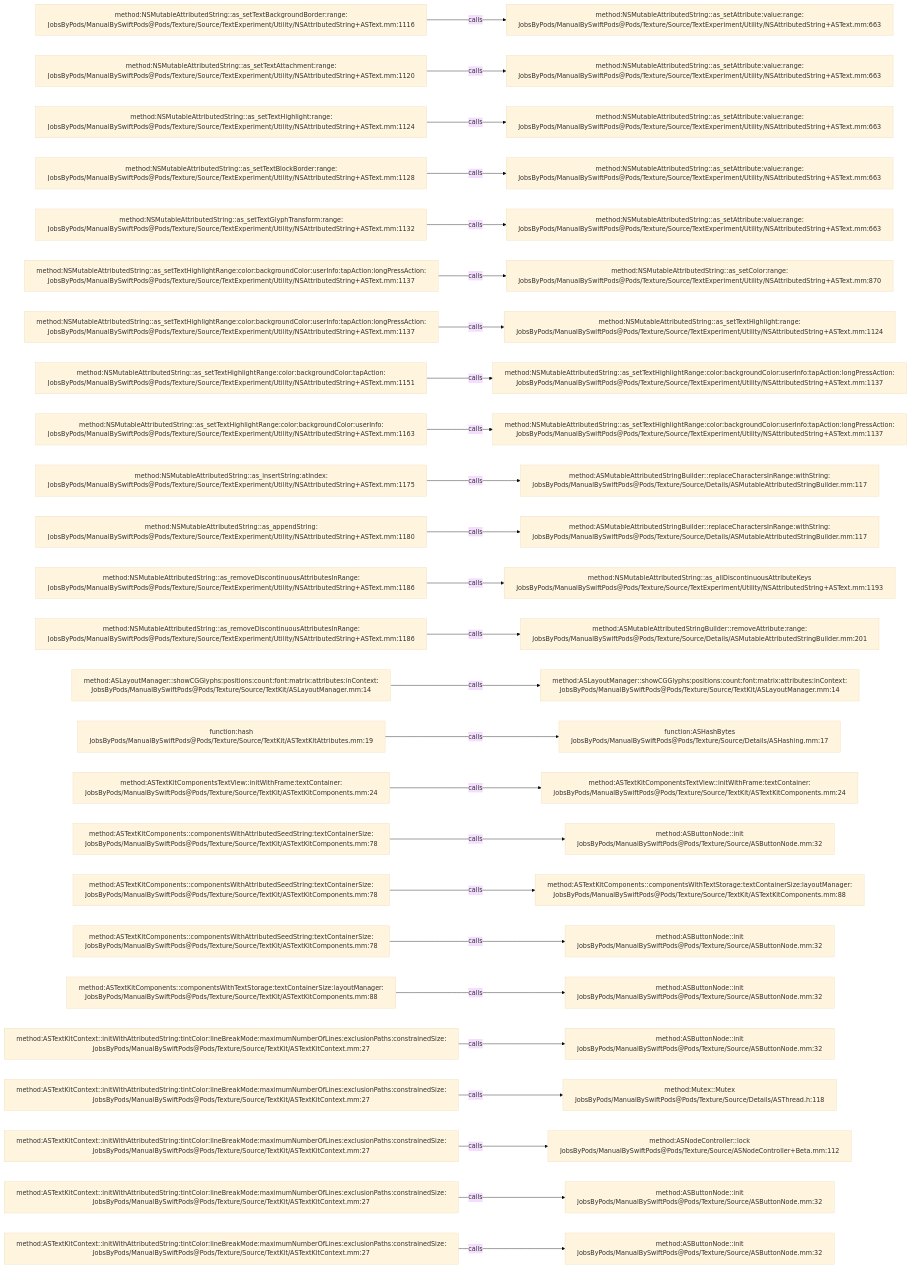
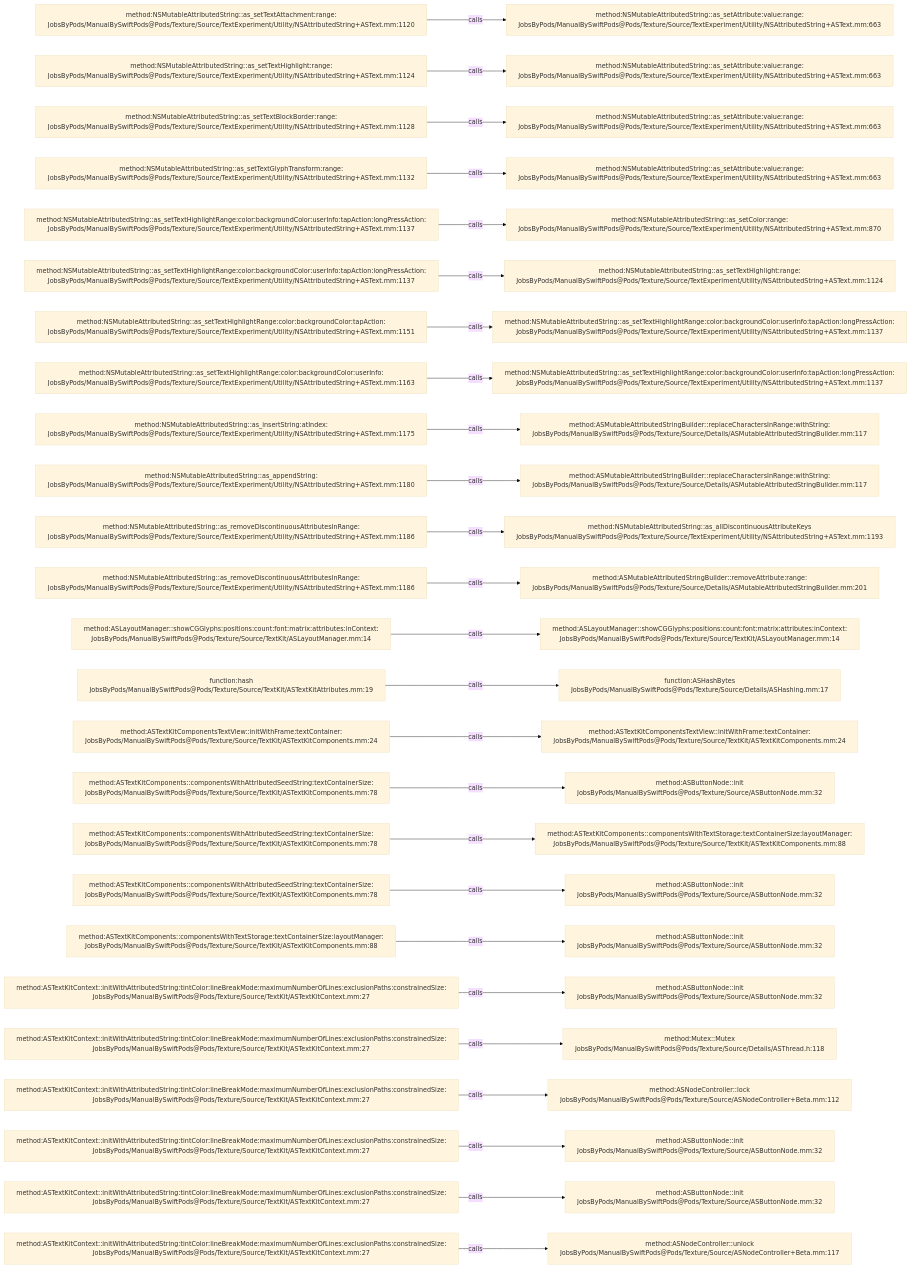
Before and after one commit to JobsKits/JobsSwiftBaseConfigDemo: the diagram in .codegraph/codegraph.md/graphs/calls-147.md, drawn with Mermaid (base theme). The commit also changed 747 other files, not shown here.

````diff
--- a/.codegraph/codegraph.md/graphs/calls-147.md
+++ b/.codegraph/codegraph.md/graphs/calls-147.md
@@ -13,78 +13,78 @@
 ```mermaid
 flowchart LR
-  S1["method:NSMutableAttributedString::as_setTextBackgroundBorder:range:<br/>JobsByPods/ManualBySwiftPods@Pods/Texture/Source/TextExperiment/Utility/NSAttributedString+ASText.mm:1116"]
+  S1["method:NSMutableAttributedString::as_setTextAttachment:range:<br/>JobsByPods/ManualBySwiftPods@Pods/Texture/Source/TextExperiment/Utility/NSAttributedString+ASText.mm:1120"]
   T1["method:NSMutableAttributedString::as_setAttribute:value:range:<br/>JobsByPods/ManualBySwiftPods@Pods/Texture/Source/TextExperiment/Utility/NSAttributedString+ASText.mm:663"]
   S1 -->|calls| T1
-  S2["method:NSMutableAttributedString::as_setTextAttachment:range:<br/>JobsByPods/ManualBySwiftPods@Pods/Texture/Source/TextExperiment/Utility/NSAttributedString+ASText.mm:1120"]
+  S2["method:NSMutableAttributedString::as_setTextHighlight:range:<br/>JobsByPods/ManualBySwiftPods@Pods/Texture/Source/TextExperiment/Utility/NSAttributedString+ASText.mm:1124"]
   T2["method:NSMutableAttributedString::as_setAttribute:value:range:<br/>JobsByPods/ManualBySwiftPods@Pods/Texture/Source/TextExperiment/Utility/NSAttributedString+ASText.mm:663"]
   S2 -->|calls| T2
-  S3["method:NSMutableAttributedString::as_setTextHighlight:range:<br/>JobsByPods/ManualBySwiftPods@Pods/Texture/Source/TextExperiment/Utility/NSAttributedString+ASText.mm:1124"]
+  S3["method:NSMutableAttributedString::as_setTextBlockBorder:range:<br/>JobsByPods/ManualBySwiftPods@Pods/Texture/Source/TextExperiment/Utility/NSAttributedString+ASText.mm:1128"]
   T3["method:NSMutableAttributedString::as_setAttribute:value:range:<br/>JobsByPods/ManualBySwiftPods@Pods/Texture/Source/TextExperiment/Utility/NSAttributedString+ASText.mm:663"]
   S3 -->|calls| T3
-  S4["method:NSMutableAttributedString::as_setTextBlockBorder:range:<br/>JobsByPods/ManualBySwiftPods@Pods/Texture/Source/TextExperiment/Utility/NSAttributedString+ASText.mm:1128"]
+  S4["method:NSMutableAttributedString::as_setTextGlyphTransform:range:<br/>JobsByPods/ManualBySwiftPods@Pods/Texture/Source/TextExperiment/Utility/NSAttributedString+ASText.mm:1132"]
   T4["method:NSMutableAttributedString::as_setAttribute:value:range:<br/>JobsByPods/ManualBySwiftPods@Pods/Texture/Source/TextExperiment/Utility/NSAttributedString+ASText.mm:663"]
   S4 -->|calls| T4
-  S5["method:NSMutableAttributedString::as_setTextGlyphTransform:range:<br/>JobsByPods/ManualBySwiftPods@Pods/Texture/Source/TextExperiment/Utility/NSAttributedString+ASText.mm:1132"]
-  T5["method:NSMutableAttributedString::as_setAttribute:value:range:<br/>JobsByPods/ManualBySwiftPods@Pods/Texture/Source/TextExperiment/Utility/NSAttributedString+ASText.mm:663"]
+  S5["method:NSMutableAttributedString::as_setTextHighlightRange:color:backgroundColor:userInfo:tapAction:longPressAction:<br/>JobsByPods/ManualBySwiftPods@Pods/Texture/Source/TextExperiment/Utility/NSAttributedString+ASText.mm:1137"]
+  T5["method:NSMutableAttributedString::as_setColor:range:<br/>JobsByPods/ManualBySwiftPods@Pods/Texture/Source/TextExperiment/Utility/NSAttributedString+ASText.mm:870"]
   S5 -->|calls| T5
   S6["method:NSMutableAttributedString::as_setTextHighlightRange:color:backgroundColor:userInfo:tapAction:longPressAction:<br/>JobsByPods/ManualBySwiftPods@Pods/Texture/Source/TextExperiment/Utility/NSAttributedString+ASText.mm:1137"]
-  T6["method:NSMutableAttributedString::as_setColor:range:<br/>JobsByPods/ManualBySwiftPods@Pods/Texture/Source/TextExperiment/Utility/NSAttributedString+ASText.mm:870"]
+  T6["method:NSMutableAttributedString::as_setTextHighlight:range:<br/>JobsByPods/ManualBySwiftPods@Pods/Texture/Source/TextExperiment/Utility/NSAttributedString+ASText.mm:1124"]
   S6 -->|calls| T6
-  S7["method:NSMutableAttributedString::as_setTextHighlightRange:color:backgroundColor:userInfo:tapAction:longPressAction:<br/>JobsByPods/ManualBySwiftPods@Pods/Texture/Source/TextExperiment/Utility/NSAttributedString+ASText.mm:1137"]
-  T7["method:NSMutableAttributedString::as_setTextHighlight:range:<br/>JobsByPods/ManualBySwiftPods@Pods/Texture/Source/TextExperiment/Utility/NSAttributedString+ASText.mm:1124"]
+  S7["method:NSMutableAttributedString::as_setTextHighlightRange:color:backgroundColor:tapAction:<br/>JobsByPods/ManualBySwiftPods@Pods/Texture/Source/TextExperiment/Utility/NSAttributedString+ASText.mm:1151"]
+  T7["method:NSMutableAttributedString::as_setTextHighlightRange:color:backgroundColor:userInfo:tapAction:longPressAction:<br/>JobsByPods/ManualBySwiftPods@Pods/Texture/Source/TextExperiment/Utility/NSAttributedString+ASText.mm:1137"]
   S7 -->|calls| T7
-  S8["method:NSMutableAttributedString::as_setTextHighlightRange:color:backgroundColor:tapAction:<br/>JobsByPods/ManualBySwiftPods@Pods/Texture/Source/TextExperiment/Utility/NSAttributedString+ASText.mm:1151"]
+  S8["method:NSMutableAttributedString::as_setTextHighlightRange:color:backgroundColor:userInfo:<br/>JobsByPods/ManualBySwiftPods@Pods/Texture/Source/TextExperiment/Utility/NSAttributedString+ASText.mm:1163"]
   T8["method:NSMutableAttributedString::as_setTextHighlightRange:color:backgroundColor:userInfo:tapAction:longPressAction:<br/>JobsByPods/ManualBySwiftPods@Pods/Texture/Source/TextExperiment/Utility/NSAttributedString+ASText.mm:1137"]
   S8 -->|calls| T8
-  S9["method:NSMutableAttributedString::as_setTextHighlightRange:color:backgroundColor:userInfo:<br/>JobsByPods/ManualBySwiftPods@Pods/Texture/Source/TextExperiment/Utility/NSAttributedString+ASText.mm:1163"]
-  T9["method:NSMutableAttributedString::as_setTextHighlightRange:color:backgroundColor:userInfo:tapAction:longPressAction:<br/>JobsByPods/ManualBySwiftPods@Pods/Texture/Source/TextExperiment/Utility/NSAttributedString+ASText.mm:1137"]
+  S9["method:NSMutableAttributedString::as_insertString:atIndex:<br/>JobsByPods/ManualBySwiftPods@Pods/Texture/Source/TextExperiment/Utility/NSAttributedString+ASText.mm:1175"]
+  T9["method:ASMutableAttributedStringBuilder::replaceCharactersInRange:withString:<br/>JobsByPods/ManualBySwiftPods@Pods/Texture/Source/Details/ASMutableAttributedStringBuilder.mm:117"]
   S9 -->|calls| T9
-  S10["method:NSMutableAttributedString::as_insertString:atIndex:<br/>JobsByPods/ManualBySwiftPods@Pods/Texture/Source/TextExperiment/Utility/NSAttributedString+ASText.mm:1175"]
+  S10["method:NSMutableAttributedString::as_appendString:<br/>JobsByPods/ManualBySwiftPods@Pods/Texture/Source/TextExperiment/Utility/NSAttributedString+ASText.mm:1180"]
   T10["method:ASMutableAttributedStringBuilder::replaceCharactersInRange:withString:<br/>JobsByPods/ManualBySwiftPods@Pods/Texture/Source/Details/ASMutableAttributedStringBuilder.mm:117"]
   S10 -->|calls| T10
-  S11["method:NSMutableAttributedString::as_appendString:<br/>JobsByPods/ManualBySwiftPods@Pods/Texture/Source/TextExperiment/Utility/NSAttributedString+ASText.mm:1180"]
-  T11["method:ASMutableAttributedStringBuilder::replaceCharactersInRange:withString:<br/>JobsByPods/ManualBySwiftPods@Pods/Texture/Source/Details/ASMutableAttributedStringBuilder.mm:117"]
+  S11["method:NSMutableAttributedString::as_removeDiscontinuousAttributesInRange:<br/>JobsByPods/ManualBySwiftPods@Pods/Texture/Source/TextExperiment/Utility/NSAttributedString+ASText.mm:1186"]
+  T11["method:NSMutableAttributedString::as_allDiscontinuousAttributeKeys<br/>JobsByPods/ManualBySwiftPods@Pods/Texture/Source/TextExperiment/Utility/NSAttributedString+ASText.mm:1193"]
   S11 -->|calls| T11
   S12["method:NSMutableAttributedString::as_removeDiscontinuousAttributesInRange:<br/>JobsByPods/ManualBySwiftPods@Pods/Texture/Source/TextExperiment/Utility/NSAttributedString+ASText.mm:1186"]
-  T12["method:NSMutableAttributedString::as_allDiscontinuousAttributeKeys<br/>JobsByPods/ManualBySwiftPods@Pods/Texture/Source/TextExperiment/Utility/NSAttributedString+ASText.mm:1193"]
+  T12["method:ASMutableAttributedStringBuilder::removeAttribute:range:<br/>JobsByPods/ManualBySwiftPods@Pods/Texture/Source/Details/ASMutableAttributedStringBuilder.mm:201"]
   S12 -->|calls| T12
-  S13["method:NSMutableAttributedString::as_removeDiscontinuousAttributesInRange:<br/>JobsByPods/ManualBySwiftPods@Pods/Texture/Source/TextExperiment/Utility/NSAttributedString+ASText.mm:1186"]
-  T13["method:ASMutableAttributedStringBuilder::removeAttribute:range:<br/>JobsByPods/ManualBySwiftPods@Pods/Texture/Source/Details/ASMutableAttributedStringBuilder.mm:201"]
+  S13["method:ASLayoutManager::showCGGlyphs:positions:count:font:matrix:attributes:inContext:<br/>JobsByPods/ManualBySwiftPods@Pods/Texture/Source/TextKit/ASLayoutManager.mm:14"]
+  T13["method:ASLayoutManager::showCGGlyphs:positions:count:font:matrix:attributes:inContext:<br/>JobsByPods/ManualBySwiftPods@Pods/Texture/Source/TextKit/ASLayoutManager.mm:14"]
   S13 -->|calls| T13
-  S14["method:ASLayoutManager::showCGGlyphs:positions:count:font:matrix:attributes:inContext:<br/>JobsByPods/ManualBySwiftPods@Pods/Texture/Source/TextKit/ASLayoutManager.mm:14"]
-  T14["method:ASLayoutManager::showCGGlyphs:positions:count:font:matrix:attributes:inContext:<br/>JobsByPods/ManualBySwiftPods@Pods/Texture/Source/TextKit/ASLayoutManager.mm:14"]
+  S14["function:hash<br/>JobsByPods/ManualBySwiftPods@Pods/Texture/Source/TextKit/ASTextKitAttributes.mm:19"]
+  T14["function:ASHashBytes<br/>JobsByPods/ManualBySwiftPods@Pods/Texture/Source/Details/ASHashing.mm:17"]
   S14 -->|calls| T14
-  S15["function:hash<br/>JobsByPods/ManualBySwiftPods@Pods/Texture/Source/TextKit/ASTextKitAttributes.mm:19"]
-  T15["function:ASHashBytes<br/>JobsByPods/ManualBySwiftPods@Pods/Texture/Source/Details/ASHashing.mm:17"]
+  S15["method:ASTextKitComponentsTextView::initWithFrame:textContainer:<br/>JobsByPods/ManualBySwiftPods@Pods/Texture/Source/TextKit/ASTextKitComponents.mm:24"]
+  T15["method:ASTextKitComponentsTextView::initWithFrame:textContainer:<br/>JobsByPods/ManualBySwiftPods@Pods/Texture/Source/TextKit/ASTextKitComponents.mm:24"]
   S15 -->|calls| T15
-  S16["method:ASTextKitComponentsTextView::initWithFrame:textContainer:<br/>JobsByPods/ManualBySwiftPods@Pods/Texture/Source/TextKit/ASTextKitComponents.mm:24"]
-  T16["method:ASTextKitComponentsTextView::initWithFrame:textContainer:<br/>JobsByPods/ManualBySwiftPods@Pods/Texture/Source/TextKit/ASTextKitComponents.mm:24"]
+  S16["method:ASTextKitComponents::componentsWithAttributedSeedString:textContainerSize:<br/>JobsByPods/ManualBySwiftPods@Pods/Texture/Source/TextKit/ASTextKitComponents.mm:78"]
+  T16["method:ASButtonNode::init<br/>JobsByPods/ManualBySwiftPods@Pods/Texture/Source/ASButtonNode.mm:32"]
   S16 -->|calls| T16
   S17["method:ASTextKitComponents::componentsWithAttributedSeedString:textContainerSize:<br/>JobsByPods/ManualBySwiftPods@Pods/Texture/Source/TextKit/ASTextKitComponents.mm:78"]
-  T17["method:ASButtonNode::init<br/>JobsByPods/ManualBySwiftPods@Pods/Texture/Source/ASButtonNode.mm:32"]
+  T17["method:ASTextKitComponents::componentsWithTextStorage:textContainerSize:layoutManager:<br/>JobsByPods/ManualBySwiftPods@Pods/Texture/Source/TextKit/ASTextKitComponents.mm:88"]
   S17 -->|calls| T17
   S18["method:ASTextKitComponents::componentsWithAttributedSeedString:textContainerSize:<br/>JobsByPods/ManualBySwiftPods@Pods/Texture/Source/TextKit/ASTextKitComponents.mm:78"]
-  T18["method:ASTextKitComponents::componentsWithTextStorage:textContainerSize:layoutManager:<br/>JobsByPods/ManualBySwiftPods@Pods/Texture/Source/TextKit/ASTextKitComponents.mm:88"]
+  T18["method:ASButtonNode::init<br/>JobsByPods/ManualBySwiftPods@Pods/Texture/Source/ASButtonNode.mm:32"]
   S18 -->|calls| T18
-  S19["method:ASTextKitComponents::componentsWithAttributedSeedString:textContainerSize:<br/>JobsByPods/ManualBySwiftPods@Pods/Texture/Source/TextKit/ASTextKitComponents.mm:78"]
+  S19["method:ASTextKitComponents::componentsWithTextStorage:textContainerSize:layoutManager:<br/>JobsByPods/ManualBySwiftPods@Pods/Texture/Source/TextKit/ASTextKitComponents.mm:88"]
   T19["method:ASButtonNode::init<br/>JobsByPods/ManualBySwiftPods@Pods/Texture/Source/ASButtonNode.mm:32"]
   S19 -->|calls| T19
-  S20["method:ASTextKitComponents::componentsWithTextStorage:textContainerSize:layoutManager:<br/>JobsByPods/ManualBySwiftPods@Pods/Texture/Source/TextKit/ASTextKitComponents.mm:88"]
+  S20["method:ASTextKitContext::initWithAttributedString:tintColor:lineBreakMode:maximumNumberOfLines:exclusionPaths:constrainedSize:<br/>JobsByPods/ManualBySwiftPods@Pods/Texture/Source/TextKit/ASTextKitContext.mm:27"]
   T20["method:ASButtonNode::init<br/>JobsByPods/ManualBySwiftPods@Pods/Texture/Source/ASButtonNode.mm:32"]
   S20 -->|calls| T20
   S21["method:ASTextKitContext::initWithAttributedString:tintColor:lineBreakMode:maximumNumberOfLines:exclusionPaths:constrainedSize:<br/>JobsByPods/ManualBySwiftPods@Pods/Texture/Source/TextKit/ASTextKitContext.mm:27"]
-  T21["method:ASButtonNode::init<br/>JobsByPods/ManualBySwiftPods@Pods/Texture/Source/ASButtonNode.mm:32"]
+  T21["method:Mutex::Mutex<br/>JobsByPods/ManualBySwiftPods@Pods/Texture/Source/Details/ASThread.h:118"]
   S21 -->|calls| T21
   S22["method:ASTextKitContext::initWithAttributedString:tintColor:lineBreakMode:maximumNumberOfLines:exclusionPaths:constrainedSize:<br/>JobsByPods/ManualBySwiftPods@Pods/Texture/Source/TextKit/ASTextKitContext.mm:27"]
-  T22["method:Mutex::Mutex<br/>JobsByPods/ManualBySwiftPods@Pods/Texture/Source/Details/ASThread.h:118"]
+  T22["method:ASNodeController::lock<br/>JobsByPods/ManualBySwiftPods@Pods/Texture/Source/ASNodeController+Beta.mm:112"]
   S22 -->|calls| T22
   S23["method:ASTextKitContext::initWithAttributedString:tintColor:lineBreakMode:maximumNumberOfLines:exclusionPaths:constrainedSize:<br/>JobsByPods/ManualBySwiftPods@Pods/Texture/Source/TextKit/ASTextKitContext.mm:27"]
-  T23["method:ASNodeController::lock<br/>JobsByPods/ManualBySwiftPods@Pods/Texture/Source/ASNodeController+Beta.mm:112"]
+  T23["method:ASButtonNode::init<br/>JobsByPods/ManualBySwiftPods@Pods/Texture/Source/ASButtonNode.mm:32"]
   S23 -->|calls| T23
   S24["method:ASTextKitContext::initWithAttributedString:tintColor:lineBreakMode:maximumNumberOfLines:exclusionPaths:constrainedSize:<br/>JobsByPods/ManualBySwiftPods@Pods/Texture/Source/TextKit/ASTextKitContext.mm:27"]
   T24["method:ASButtonNode::init<br/>JobsByPods/ManualBySwiftPods@Pods/Texture/Source/ASButtonNode.mm:32"]
   S24 -->|calls| T24
   S25["method:ASTextKitContext::initWithAttributedString:tintColor:lineBreakMode:maximumNumberOfLines:exclusionPaths:constrainedSize:<br/>JobsByPods/ManualBySwiftPods@Pods/Texture/Source/TextKit/ASTextKitContext.mm:27"]
-  T25["method:ASButtonNode::init<br/>JobsByPods/ManualBySwiftPods@Pods/Texture/Source/ASButtonNode.mm:32"]
+  T25["method:ASNodeController::unlock<br/>JobsByPods/ManualBySwiftPods@Pods/Texture/Source/ASNodeController+Beta.mm:117"]
   S25 -->|calls| T25
 ```
````
